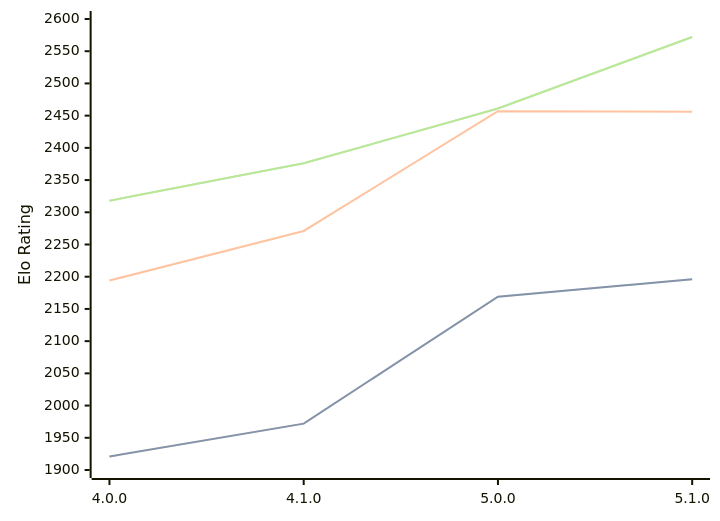
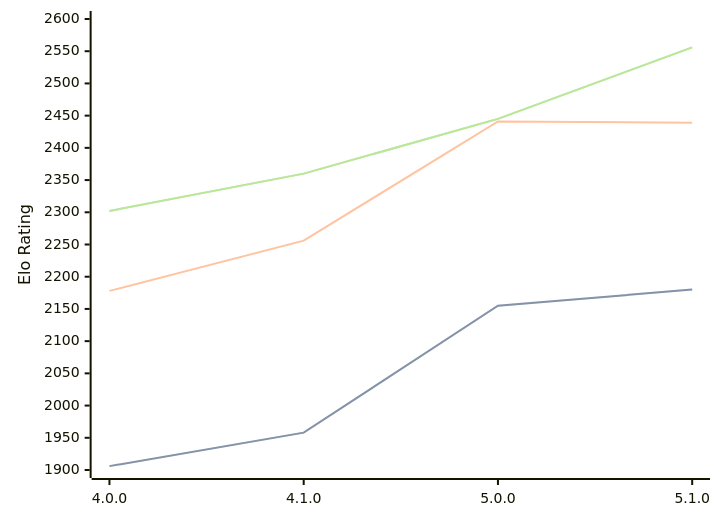
The diagram in engines/Aconcagua.md (computer-chess-index/cci), drawn with Mermaid before and after one commit. The commit also changed other lines of this file, not shown here.

Commit message:
Update CCI Ratings (ELO VLTC) - 2026-05-20

````diff
--- a/engines/Aconcagua.md
+++ b/engines/Aconcagua.md
@@ -43,11 +43,11 @@
 ```mermaid
 %%{init: {"theme":"base","themeVariables":{"seriesColors:['#a3a3a3','#222221','#faa371']}}}%%
 xychart-beta
   x-axis ["4.0.0", "4.1.0", "5.0.0", "5.1.0"]
   y-axis "Elo Rating" 1900 --> 2600
-  line "STC (8.0+0.08s)" [1921, 1972, 2169, 2196]
-  line "STC (8.0+0.08s)" [1921, 1972, 2169, 2196]
-  line "LTC (60.0+0.60s)" [2194, 2271, 2457, 2456]
-  line "VLTC (2m24s+1.12s)" [2318, 2376, 2461, 2572]
-  line "VLTC (2m24s+1.12s)" [2318, 2376, 2461, 2572]
+  line "STC (8.0+0.08s)" [1906, 1958, 2155, 2180]
+  line "STC (8.0+0.08s)" [1906, 1958, 2155, 2180]
+  line "LTC (60.0+0.60s)" [2178, 2256, 2441, 2439]
+  line "VLTC (2m24s+1.12s)" [2302, 2360, 2445, 2556]
+  line "VLTC (2m24s+1.12s)" [2302, 2360, 2445, 2556]
 ```
````
